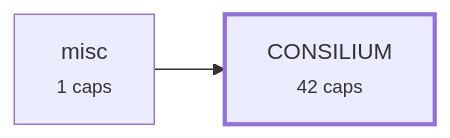
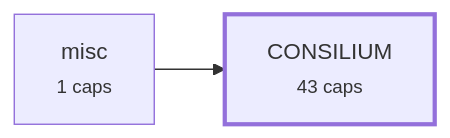
Before and after one commit to alxmax/Consilium_Demo: the third of 4 diagrams in requirements/_map.md, drawn with Mermaid. The commit also changed other lines of this file and 15 other files, not shown here.

````diff
--- a/requirements/_map.md
+++ b/requirements/_map.md
@@ -294,7 +300,7 @@
 ```mermaid
 graph LR
-  a_CONSILIUM["CONSILIUM<br><small>42 caps</small>"]
+  a_CONSILIUM["CONSILIUM<br><small>43 caps</small>"]
   a_misc["misc<br><small>1 caps</small>"]
   a_misc --> a_CONSILIUM
   style a_CONSILIUM stroke-width:3px
 ```
````
